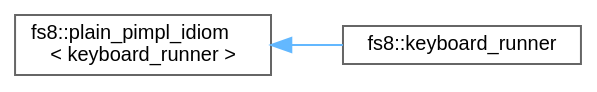
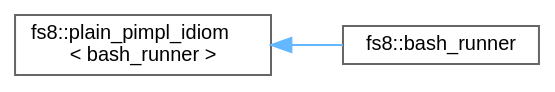
The diagram in api/inherit_graph_86.dot (the-moisrex/foresight), drawn with Graphviz before and after one commit. The commit also changed 257 other files, not shown here.

```diff
--- a/api/inherit_graph_86.dot
+++ b/api/inherit_graph_86.dot
@@ -1,11 +1,11 @@
 digraph "Graphical Class Hierarchy"
 {
  // LATEX_PDF_SIZE
   bgcolor="transparent";
   edge [fontname=Helvetica,fontsize=10,labelfontname=Helvetica,labelfontsize=10];
   node [fontname=Helvetica,fontsize=10,shape=box,height=0.2,width=0.4];
   rankdir="LR";
-  Node0 [id="Node000000",label="fs8::plain_pimpl_idiom\l\< keyboard_runner \>",height=0.2,width=0.4,color="grey40", fillcolor="white", style="filled",URL="$structfs8_1_1plain__pimpl__idiom.html",tooltip=" "];
+  Node0 [id="Node000000",label="fs8::plain_pimpl_idiom\l\< bash_runner \>",height=0.2,width=0.4,color="grey40", fillcolor="white", style="filled",URL="$structfs8_1_1plain__pimpl__idiom.html",tooltip=" "];
   Node0 -> Node1 [id="edge93_Node000000_Node000001",dir="back",color="steelblue1",style="solid",tooltip=" "];
-  Node1 [id="Node000001",label="fs8::keyboard_runner",height=0.2,width=0.4,color="grey40", fillcolor="white", style="filled",URL="$structfs8_1_1keyboard__runner.html",tooltip=" "];
+  Node1 [id="Node000001",label="fs8::bash_runner",height=0.2,width=0.4,color="grey40", fillcolor="white", style="filled",URL="$structfs8_1_1bash__runner.html",tooltip=" "];
 }
```
